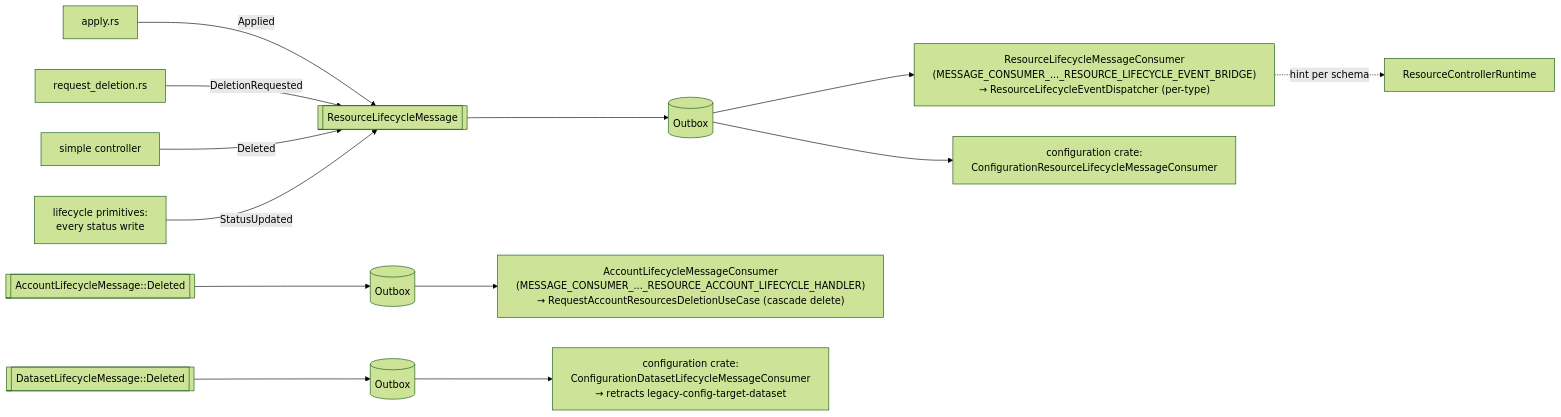
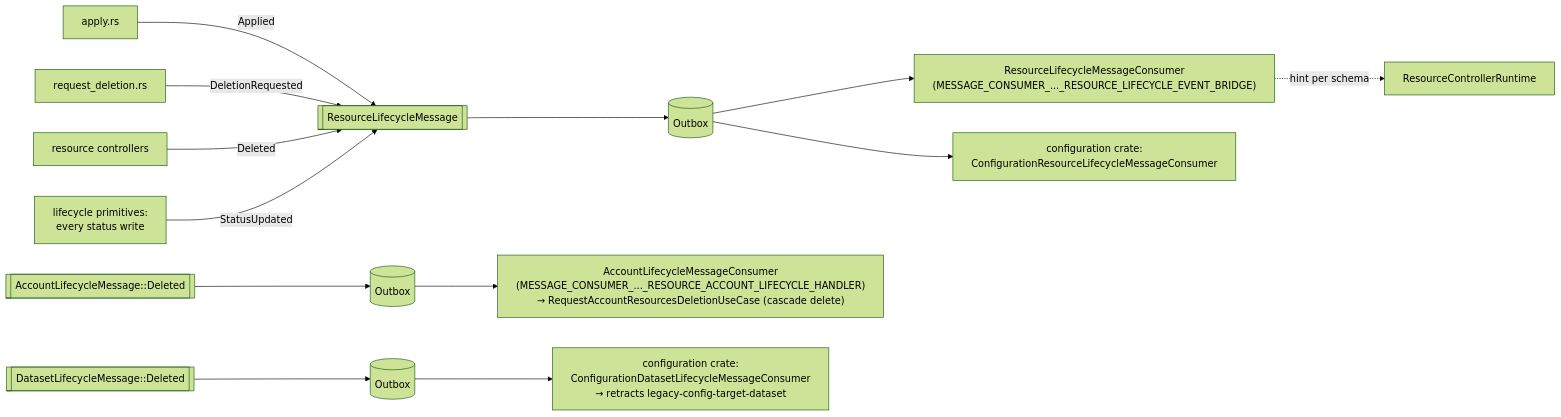
The fifth of 6 diagrams in docs/internal/resources-framework.md (kamu-data/kamu-cli), drawn with Mermaid (forest theme) before and after one commit. The commit also changed other lines of this file and 3 other files, not shown here.

Commit message:
Recovery tests on real resource types; docs and changelog for the controller runtime path

````diff
--- a/docs/internal/resources-framework.md
+++ b/docs/internal/resources-framework.md
@@ -1680,19 +1685,19 @@
 ```mermaid
 flowchart LR
     APPLY["apply.rs"] -->|Applied| MSG[["ResourceLifecycleMessage"]]
     DEL["request_deletion.rs"] -->|DeletionRequested| MSG
-    COMP["simple controller"] -->|Deleted| MSG
+    COMP["resource controllers"] -->|Deleted| MSG
     PRIM["lifecycle primitives:<br/>every status write"] -->|StatusUpdated| MSG
 
     MSG --> OB[("Outbox")]
 
-    OB --> BRIDGE["ResourceLifecycleMessageConsumer<br/>(MESSAGE_CONSUMER_..._RESOURCE_LIFECYCLE_EVENT_BRIDGE)<br/>→ ResourceLifecycleEventDispatcher (per-type)"]
+    OB --> BRIDGE["ResourceLifecycleMessageConsumer<br/>(MESSAGE_CONSUMER_..._RESOURCE_LIFECYCLE_EVENT_BRIDGE)"]
     BRIDGE -.->|hint per schema| RT["ResourceControllerRuntime"]
     OB --> CFG["configuration crate:<br/>ConfigurationResourceLifecycleMessageConsumer"]
 
     ACC[["AccountLifecycleMessage::Deleted"]] --> OB2[("Outbox")]
     OB2 --> ACCH["AccountLifecycleMessageConsumer<br/>(MESSAGE_CONSUMER_..._RESOURCE_ACCOUNT_LIFECYCLE_HANDLER)<br/>→ RequestAccountResourcesDeletionUseCase (cascade delete)"]
 
     DS[["DatasetLifecycleMessage::Deleted"]] --> OB3[("Outbox")]
     OB3 --> DSH["configuration crate:<br/>ConfigurationDatasetLifecycleMessageConsumer<br/>→ retracts legacy-config-target-dataset"]
 ```
````
